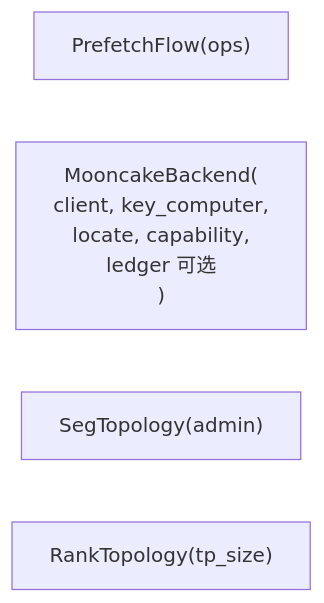
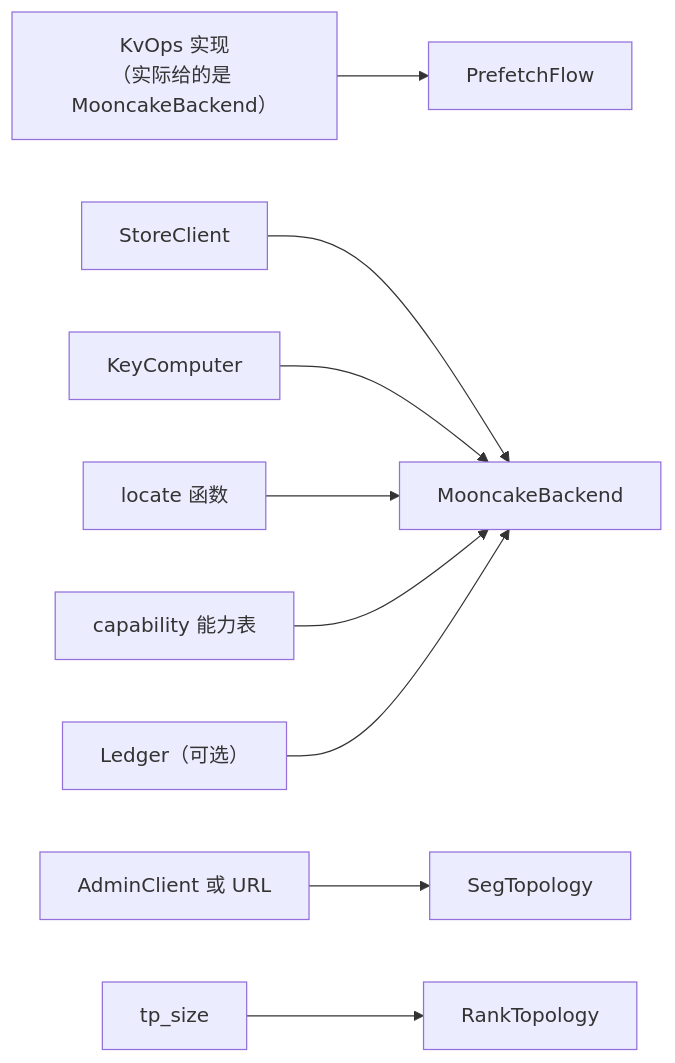
Before and after one commit to 5x8-40/lake: the fifth of 7 diagrams in kvcm/design/code-architecture.md, drawn with Mermaid. The commit also changed other lines of this file, not shown here.

First line of the commit message:
docs(kvcm): 7 条意见——PrefetchError 改名记录、分支块说明、abandon 与 remove 关系、依赖图修正、rebuild 输出物与恢复范围

````diff
--- a/kvcm/design/code-architecture.md
+++ b/kvcm/design/code-architecture.md
@@ -300,7 +301,11 @@
 ```mermaid
 flowchart LR
-  Flow["PrefetchFlow(ops)"]
-  BE["MooncakeBackend(<br/>client, key_computer,<br/>locate, capability,<br/>ledger 可选<br/>)"]
-  Seg["SegTopology(admin)"]
-  RT["RankTopology(tp_size)"]
+  Ops["KvOps 实现<br/>（实际给的是 MooncakeBackend）"] --> Flow["PrefetchFlow"]
+  SC["StoreClient"] --> BE["MooncakeBackend"]
+  KC["KeyComputer"] --> BE
+  Loc["locate 函数"] --> BE
+  Cap["capability 能力表"] --> BE
+  Led["Ledger（可选）"] --> BE
+  Adm["AdminClient 或 URL"] --> Seg["SegTopology"]
+  TP["tp_size"] --> RT["RankTopology"]
 ```
````
